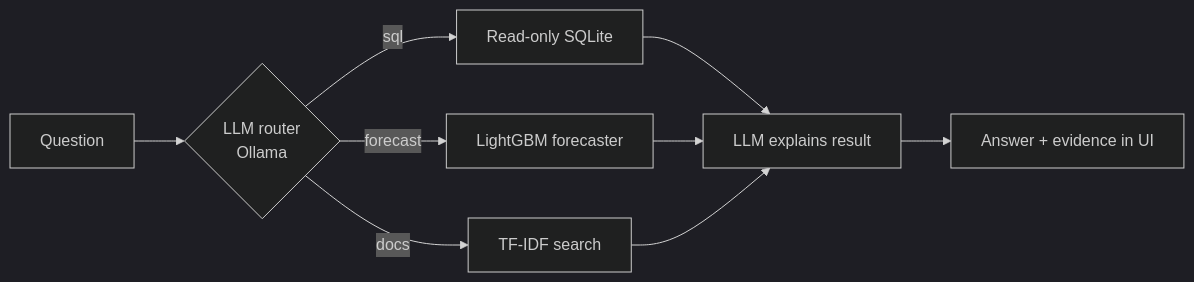
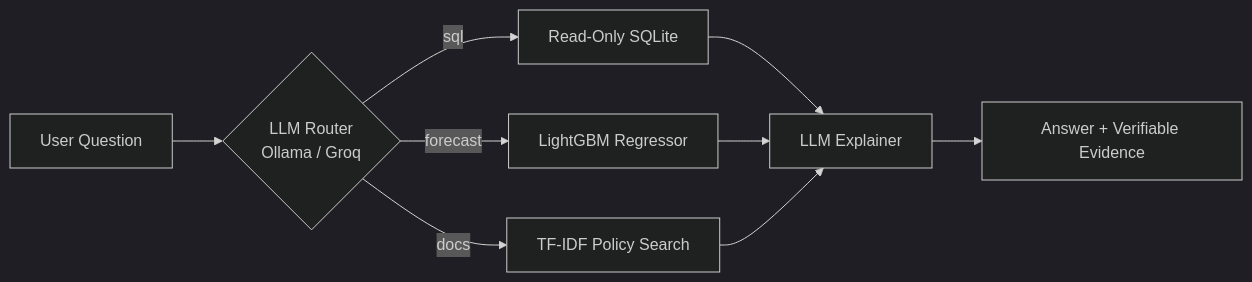
One commit to usama236a/inventory-copilot changed the diagram in README.md. Above: the diagram before and after it, drawn with Mermaid (dark theme). The commit also changed other lines of this file, not shown here.

````diff
--- a/README.md
+++ b/README.md
@@ -17,9 +14,9 @@
 ```mermaid
 flowchart LR
-    Q[Question] --> R{LLM router<br/>Ollama}
-    R -->|sql| S[Read-only SQLite]
-    R -->|forecast| F[LightGBM forecaster]
-    R -->|docs| D[TF-IDF search]
-    S & F & D --> E[LLM explains result]
-    E --> A[Answer + evidence in UI]
+    Q[User Question] --> R{LLM Router<br/>Ollama / Groq}
+    R -->|sql| S[Read-Only SQLite]
+    R -->|forecast| F[LightGBM Regressor]
+    R -->|docs| D[TF-IDF Policy Search]
+    S & F & D --> E[LLM Explainer]
+    E --> A[Answer + Verifiable Evidence]
 ```
````
